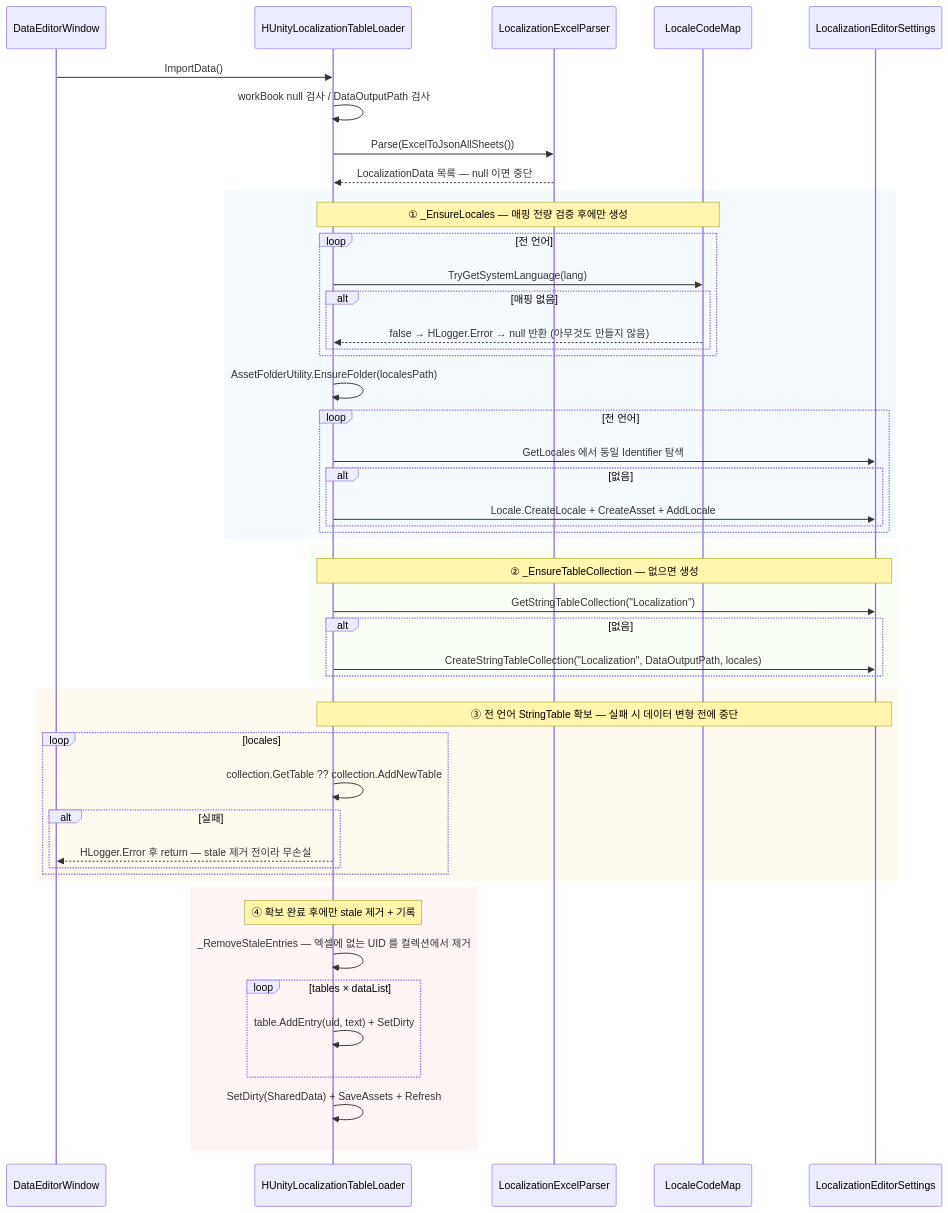
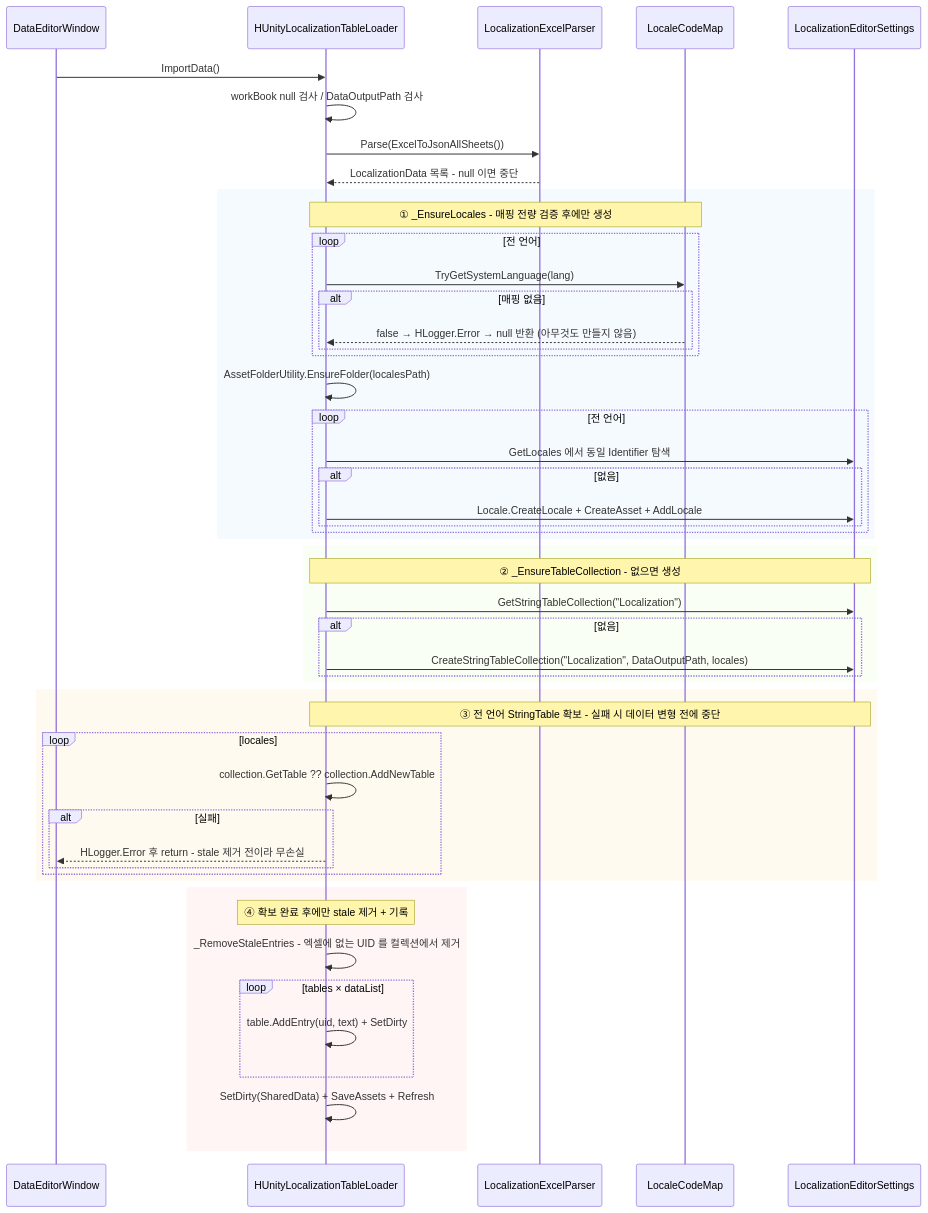
The second of 3 diagrams in HLocalization/HUnityLocalization/Editor/README.md (HoHong123/HCUP-Unity), drawn with Mermaid before and after one commit. The commit also changed other lines of this file, not shown here.

Commit message:
[Docs] 📝 21.09.26 Refresh HLocalization/HUnityLocalization/Editor README against current code and move stale notes to history

````diff
--- a/HLocalization/HUnityLocalization/Editor/README.md
+++ b/HLocalization/HUnityLocalization/Editor/README.md
@@ -145,57 +144,57 @@
 ```mermaid
 sequenceDiagram
     participant U as DataEditorWindow
     participant L as HUnityLocalizationTableLoader
     participant P as LocalizationExcelParser
     participant M as LocaleCodeMap
     participant LES as LocalizationEditorSettings
 
     U->>L: ImportData()
     L->>L: workBook null 검사 / DataOutputPath 검사
     L->>P: Parse(ExcelToJsonAllSheets())
-    P-->>L: LocalizationData 목록 — null 이면 중단
+    P-->>L: LocalizationData 목록 - null 이면 중단
 
     rect rgb(245,250,255)
-    Note over L,M: ① _EnsureLocales — 매핑 전량 검증 후에만 생성
+    Note over L,M: ① _EnsureLocales - 매핑 전량 검증 후에만 생성
     loop 전 언어
         L->>M: TryGetSystemLanguage(lang)
         alt 매핑 없음
             M-->>L: false → HLogger.Error → null 반환 (아무것도 만들지 않음)
         end
     end
     L->>L: AssetFolderUtility.EnsureFolder(localesPath)
     loop 전 언어
         L->>LES: GetLocales 에서 동일 Identifier 탐색
         alt 없음
             L->>LES: Locale.CreateLocale + CreateAsset + AddLocale
         end
     end
     end
 
     rect rgb(250,255,245)
-    Note over L,LES: ② _EnsureTableCollection — 없으면 생성
+    Note over L,LES: ② _EnsureTableCollection - 없으면 생성
     L->>LES: GetStringTableCollection("Localization")
     alt 없음
         L->>LES: CreateStringTableCollection("Localization", DataOutputPath, locales)
     end
     end
 
     rect rgb(255,250,240)
-    Note over L,LES: ③ 전 언어 StringTable 확보 — 실패 시 데이터 변형 전에 중단
+    Note over L,LES: ③ 전 언어 StringTable 확보 - 실패 시 데이터 변형 전에 중단
     loop locales
         L->>L: collection.GetTable ?? collection.AddNewTable
         alt 실패
-            L-->>U: HLogger.Error 후 return — stale 제거 전이라 무손실
+            L-->>U: HLogger.Error 후 return - stale 제거 전이라 무손실
         end
     end
     end
 
     rect rgb(255,245,245)
     Note over L: ④ 확보 완료 후에만 stale 제거 + 기록
-    L->>L: _RemoveStaleEntries — 엑셀에 없는 UID 를 컬렉션에서 제거
+    L->>L: _RemoveStaleEntries - 엑셀에 없는 UID 를 컬렉션에서 제거
     loop tables × dataList
         L->>L: table.AddEntry(uid, text) + SetDirty
     end
     L->>L: SetDirty(SharedData) + SaveAssets + Refresh
     end
 ```
````
